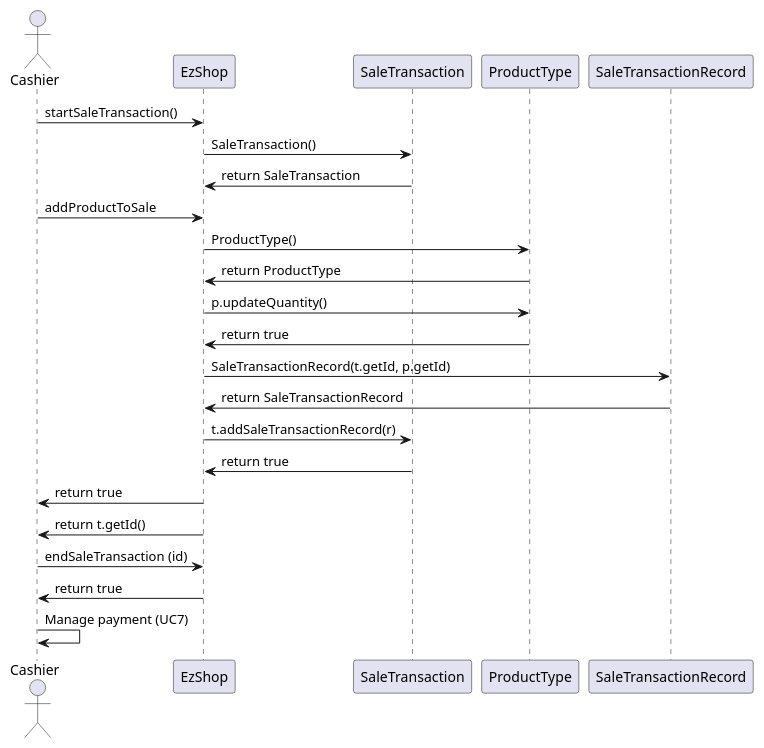
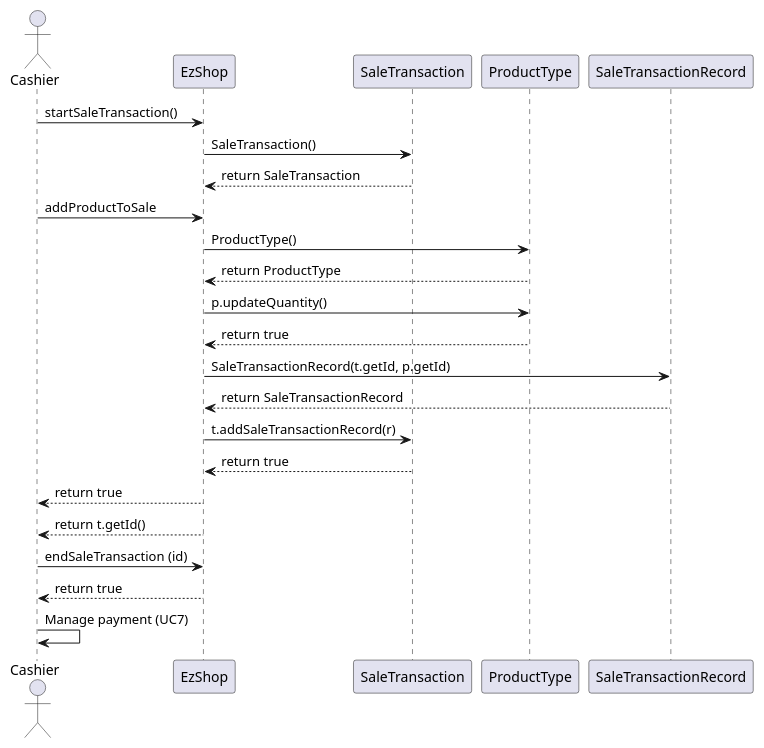
One commit to paocela/EzShop changed diagram 17 of 28 in Deliverables/DesignDocument.md. Above: the diagram before and after it, drawn with PlantUML. The commit also changed other lines of this file, not shown here.

````diff
--- a/Deliverables/DesignDocument.md
+++ b/Deliverables/DesignDocument.md
@@ -484,25 +484,25 @@
 ```plantuml
 
 actor Cashier
 Cashier -> EzShop : startSaleTransaction()
 EzShop -> SaleTransaction : SaleTransaction()
-EzShop <- SaleTransaction : return SaleTransaction
+EzShop <-- SaleTransaction : return SaleTransaction
 
 Cashier -> EzShop : addProductToSale
 EzShop -> ProductType : ProductType()
-EzShop <- ProductType : return ProductType
+EzShop <-- ProductType : return ProductType
 EzShop -> ProductType : p.updateQuantity()
-EzShop <- ProductType : return true
+EzShop <-- ProductType : return true
 EzShop -> SaleTransactionRecord : SaleTransactionRecord(t.getId, p.getId)
-EzShop <- SaleTransactionRecord : return SaleTransactionRecord
+EzShop <-- SaleTransactionRecord : return SaleTransactionRecord
 EzShop -> SaleTransaction : t.addSaleTransactionRecord(r)
-EzShop <- SaleTransaction : return true
-Cashier <- EzShop : return true
+EzShop <-- SaleTransaction : return true
+Cashier <-- EzShop : return true
 
-Cashier <- EzShop : return t.getId()
+Cashier <-- EzShop : return t.getId()
 Cashier -> EzShop : endSaleTransaction (id)
-Cashier <- EzShop : return true
+Cashier <-- EzShop : return true
 
 
 Cashier -> Cashier : Manage payment (UC7)
 ```
````
